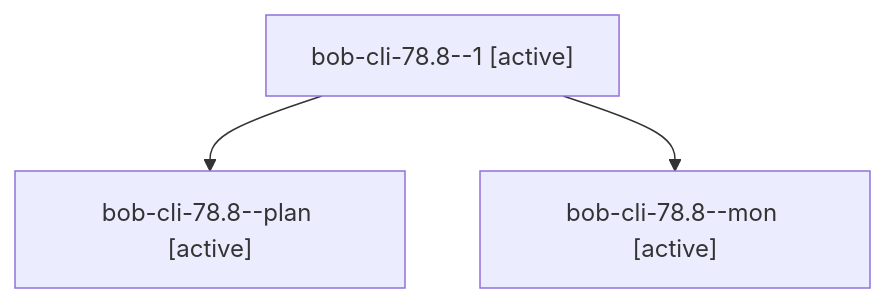
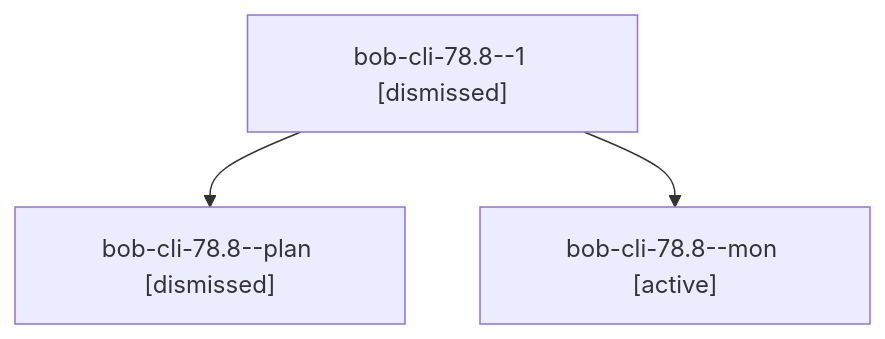
The diagram in sessions/bbugyi200.apollo.bob-cli-78.8.md (bobs-org/bob-cli--agents), drawn with Mermaid before and after one commit. The commit also changed other lines of this file and 139 other files, not shown here.

````diff
--- a/sessions/bbugyi200.apollo.bob-cli-78.8.md
+++ b/sessions/bbugyi200.apollo.bob-cli-78.8.md
@@ -9,8 +9,8 @@
 ```mermaid
 flowchart TD
-  n0["bob-cli-78.8--1 [active]"]
-  n1["bob-cli-78.8--plan [active]"]
+  n0["bob-cli-78.8--1 [dismissed]"]
+  n1["bob-cli-78.8--plan [dismissed]"]
   n0 --> n1
   n2["bob-cli-78.8--mon [active]"]
   n0 --> n2
 ```
````
